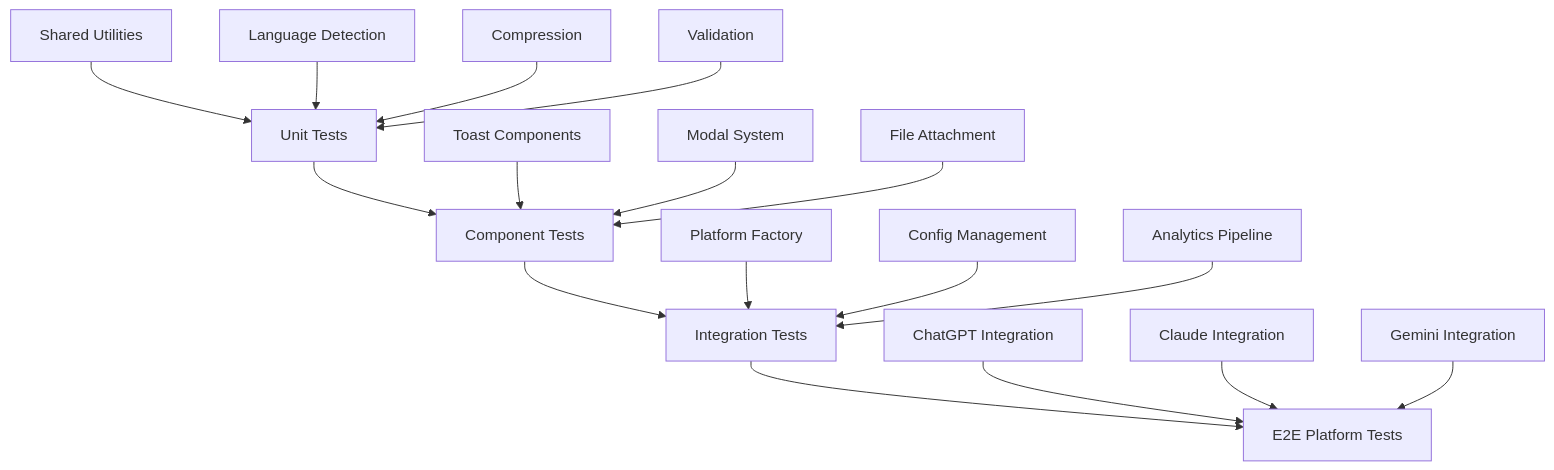
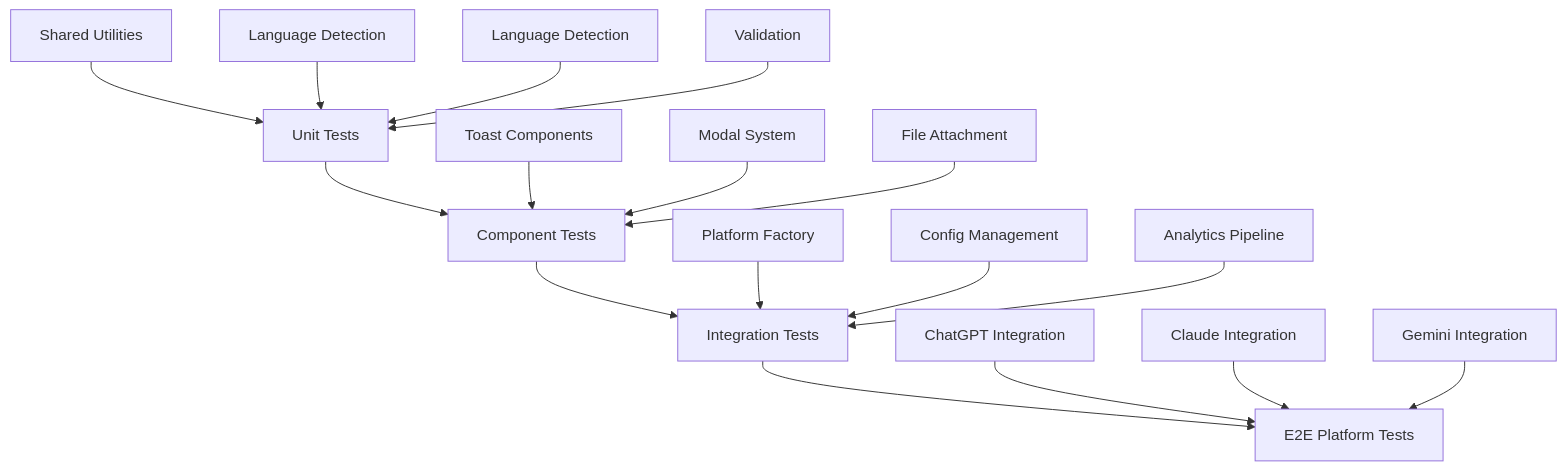
The sixth of 6 diagrams in docs/internal/TECHNICAL_DOCS.md (JosephMatino/MultiAiFilePaster), drawn with Mermaid before and after one commit. The commit also changed other lines of this file and 34 other files, not shown here.

````diff
--- a/docs/internal/TECHNICAL_DOCS.md
+++ b/docs/internal/TECHNICAL_DOCS.md
@@ -1065,23 +1004,23 @@
 ```mermaid
 graph TB
     A[Unit Tests] --> B[Component Tests]
     B --> C[Integration Tests]
     C --> D[E2E Platform Tests]
     
     A1[Shared Utilities] --> A
     A2[Language Detection] --> A
-    A3[Compression] --> A
+    A3[Language Detection] --> A
     A4[Validation] --> A
     
     B1[Toast Components] --> B
     B2[Modal System] --> B
     B3[File Attachment] --> B
     
     C1[Platform Factory] --> C
     C2[Config Management] --> C
     C3[Analytics Pipeline] --> C
     
     D1[ChatGPT Integration] --> D
     D2[Claude Integration] --> D
     D3[Gemini Integration] --> D
 ```
````
